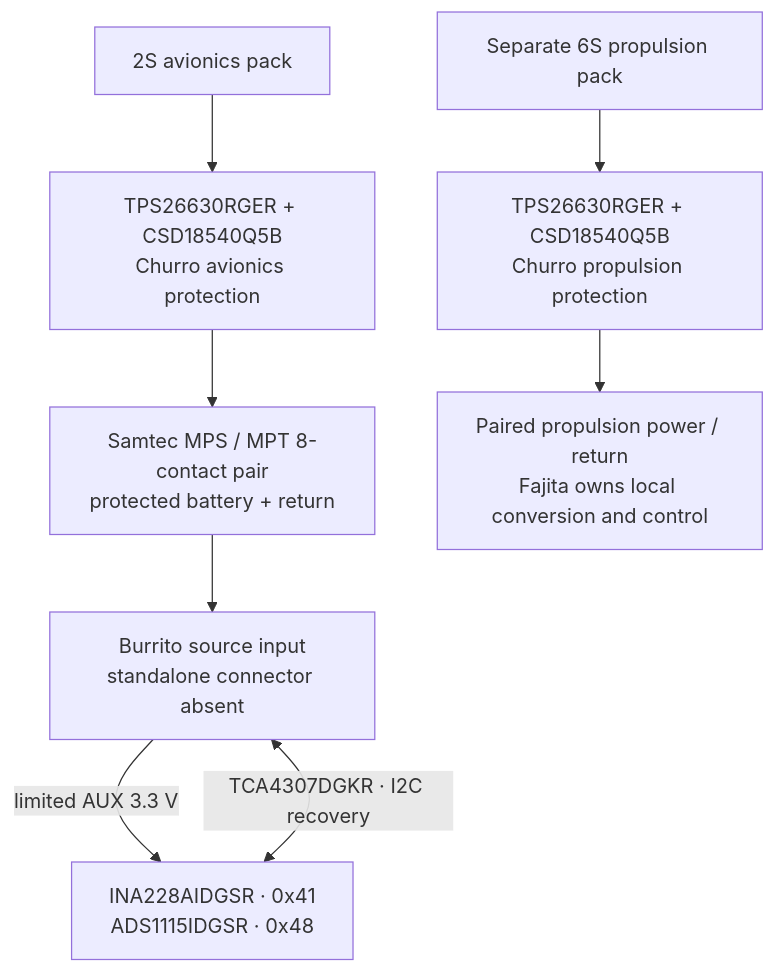
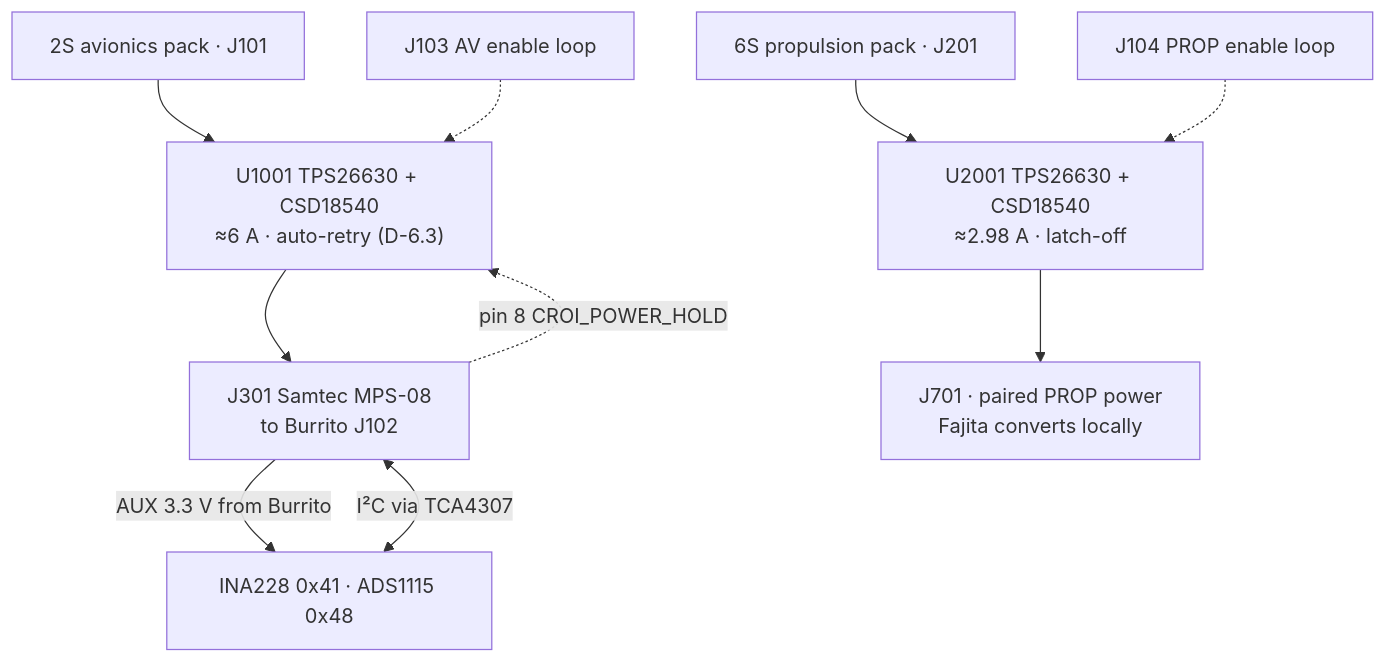
One commit to ULAS-HiPR/Ogma2 changed the first of 3 diagrams in docs/architecture/08-foinse-can.md. Above: the diagram before and after it, drawn with Mermaid. The commit also changed other lines of this file and 25 other files, not shown here.

````diff
--- a/docs/architecture/08-foinse-can.md
+++ b/docs/architecture/08-foinse-can.md
@@ -16,16 +10,16 @@
 ```mermaid
 flowchart TB
-  AV["2S avionics pack"] --> AP["TPS26630RGER + CSD18540Q5B
-Churro avionics protection"]
-  AP --> J["Samtec MPS / MPT 8-contact pair
-protected battery + return"]
-  J --> B["Burrito source input
-standalone connector absent"]
-  PR["Separate 6S propulsion pack"] --> PP["TPS26630RGER + CSD18540Q5B
-Churro propulsion protection"]
-  PP --> P["Paired propulsion power / return
-Fajita owns local conversion and control"]
-  B -->|"limited AUX 3.3 V"| M["INA228AIDGSR · 0x41
-ADS1115IDGSR · 0x48"]
-  M <-->|"TCA4307DGKR · I2C recovery"| B
+  AV["2S avionics pack · J101"] --> AP["U1001 TPS26630 + CSD18540
+≈6 A · auto-retry (D-6.3)"]
+  AP --> J["J301 Samtec MPS-08
+to Burrito J102"]
+  PR["6S propulsion pack · J201"] --> PP["U2001 TPS26630 + CSD18540
+≈2.98 A · latch-off"]
+  PP --> P["J701 · paired PROP power
+Fajita converts locally"]
+  J -->|"AUX 3.3 V from Burrito"| M["INA228 0x41 · ADS1115 0x48"]
+  M <-->|"I²C via TCA4307"| J
+  J -.->|"pin 8 CROI_POWER_HOLD"| AP
+  EAV["J103 AV enable loop"] -.-> AP
+  EPR["J104 PROP enable loop"] -.-> PP
 ```
````
